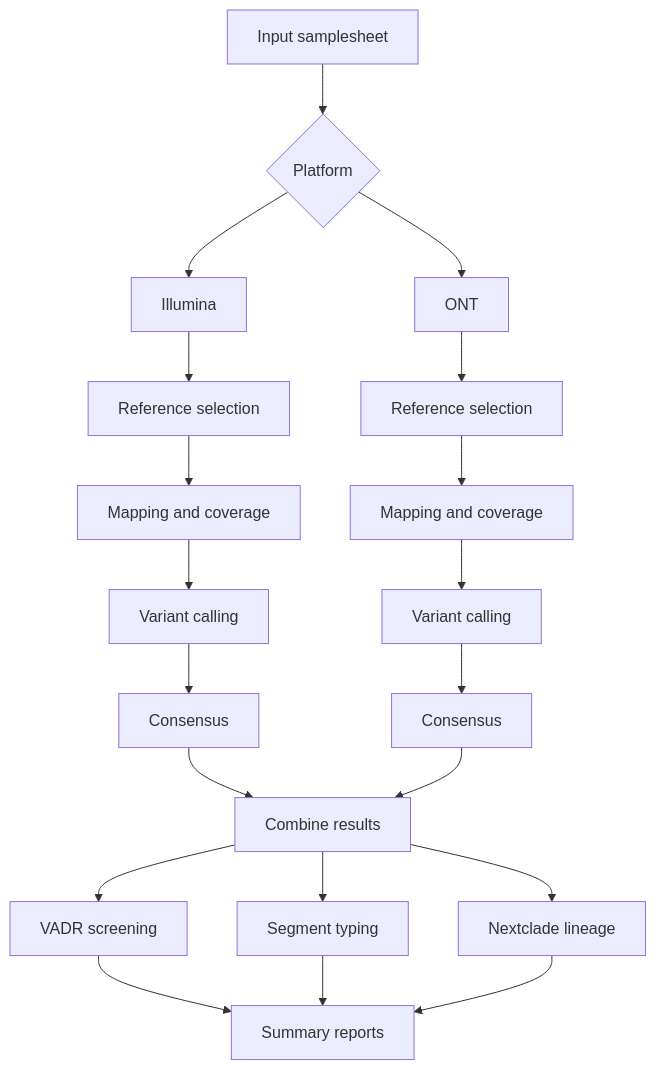
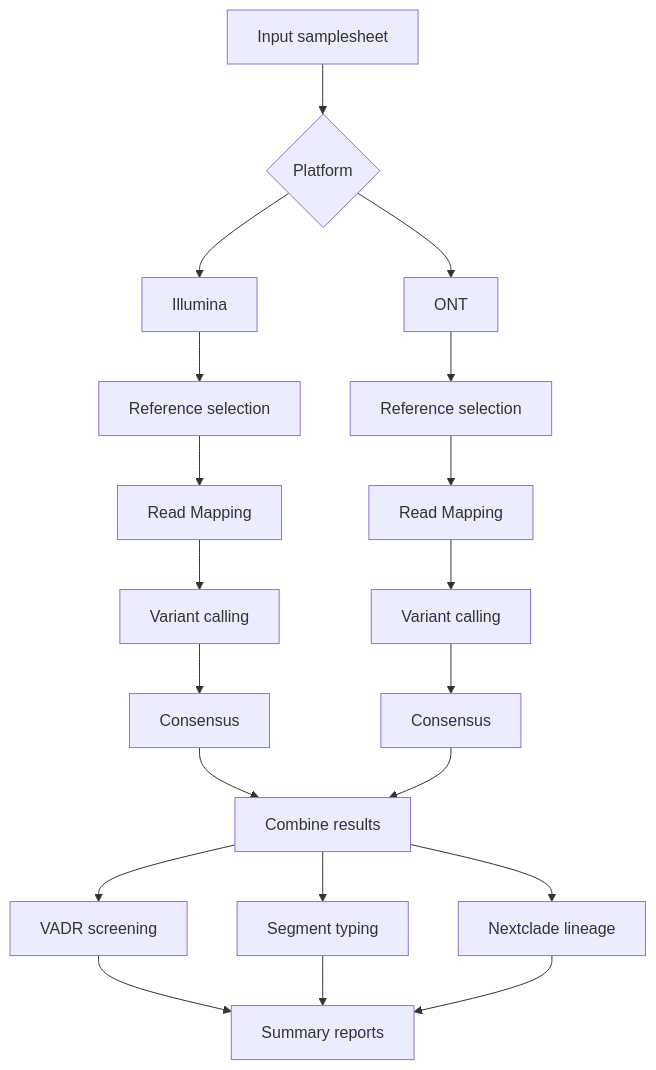
Before and after one commit to provlab-bioinfo/nf-fluab: the diagram in README.md, drawn with Mermaid.

Commit message:
Update README to change 'Mapping and coverage' to 'Read Mapping'

````diff
--- a/README.md
+++ b/README.md
@@ -12,29 +12,29 @@
 ```mermaid
 flowchart TD
     A[Input samplesheet] --> B{Platform}
     B --> C[Illumina]
     B --> D[ONT]
 
     C --> E[Reference selection]
     D --> F[Reference selection]
 
-    E --> G[Mapping and coverage]
-    F --> H[Mapping and coverage]
+    E --> G[Read Mapping]
+    F --> H[Read Mapping]
 
     G --> I[Variant calling]
     H --> J[Variant calling]
 
     I --> K[Consensus]
     J --> L[Consensus]
 
     K --> M[Combine results]
     L --> M
 
     M --> N[VADR screening]
     M --> O[Segment typing]
     M --> P[Nextclade lineage]
 
     N --> Q[Summary reports]
     O --> Q
     P --> Q
 ```
````
